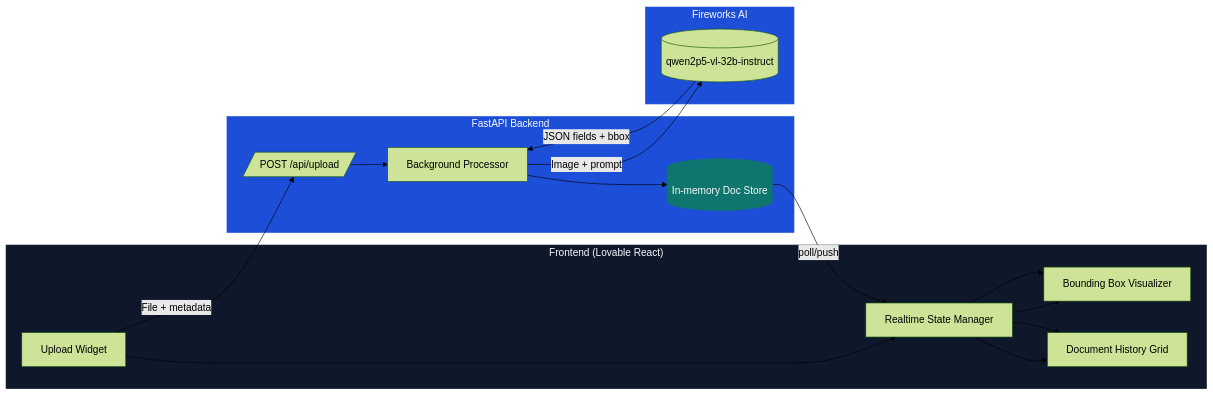
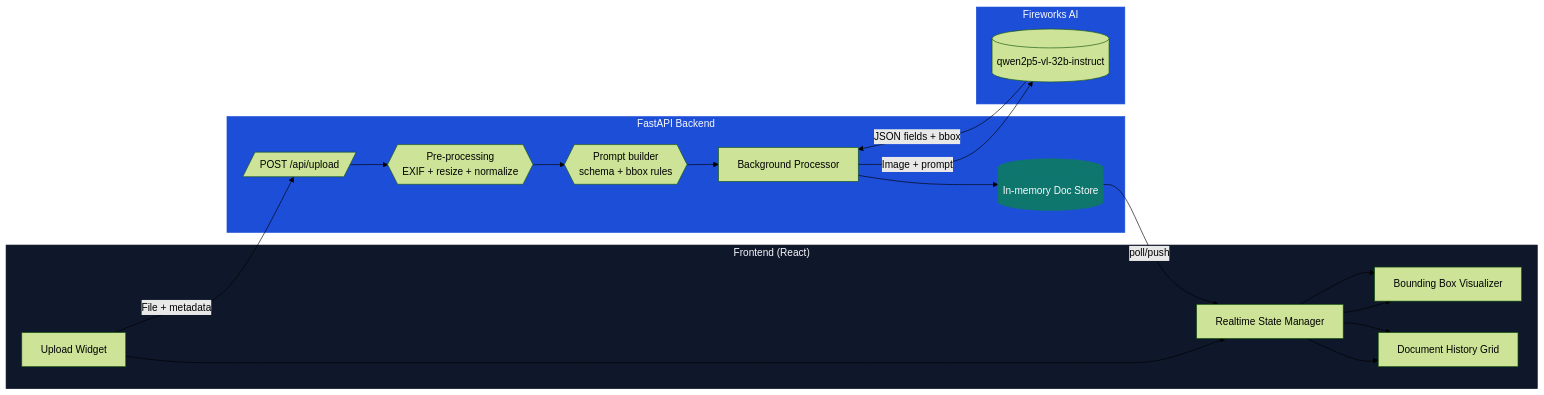
The first of 2 diagrams in README.md (subha-ilamathy/kyc_document_extraction), drawn with Mermaid (forest theme) before and after one commit. The commit also changed other lines of this file, not shown here.

````diff
--- a/README.md
+++ b/README.md
@@ -81,36 +46,40 @@
 ```mermaid
 flowchart LR
-    subgraph Frontend["Frontend (Lovable React)"]
+    subgraph Frontend["Frontend (React)"]
         UI[Upload Widget] --> State[Realtime State Manager]
         State --> Canvas[Bounding Box Visualizer]
         State --> History[Document History Grid]
     end
 
     subgraph Backend["FastAPI Backend"]
         API[/POST /api/upload/]
+        PreBlock{{Pre-processing<br/>EXIF + resize + normalize}}
+        PromptBlock{{Prompt builder<br/>schema + bbox rules}}
         Store[(In-memory Doc Store)]
         Worker[Background Processor]
     end
 
     subgraph Fireworks["Fireworks AI"]
         Model[(qwen2p5-vl-32b-instruct)]
     end
 
     UI -->|File + metadata| API
-    API --> Worker
+    API --> PreBlock
+    PreBlock --> PromptBlock
+    PromptBlock --> Worker
     Worker -->|Image + prompt| Model
     Model -->|JSON fields + bbox| Worker
     Worker --> Store
     Store -->|poll/push| State
     State --> Canvas
     State --> History
 
     classDef infra fill:#0f172a,stroke:#0f172a,color:#f8fafc;
     classDef service fill:#1d4ed8,stroke:#1d4ed8,color:#f8fafc;
     classDef data fill:#0f766e,stroke:#0f766e,color:#f8fafc;
 
     class Frontend infra;
     class Backend service;
     class Fireworks service;
     class Store data;
 ```
````
